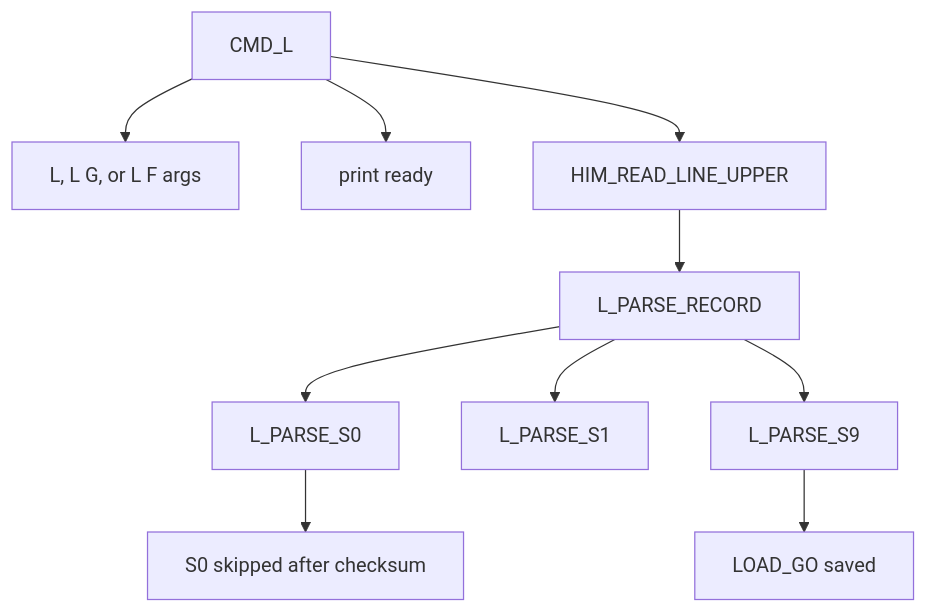
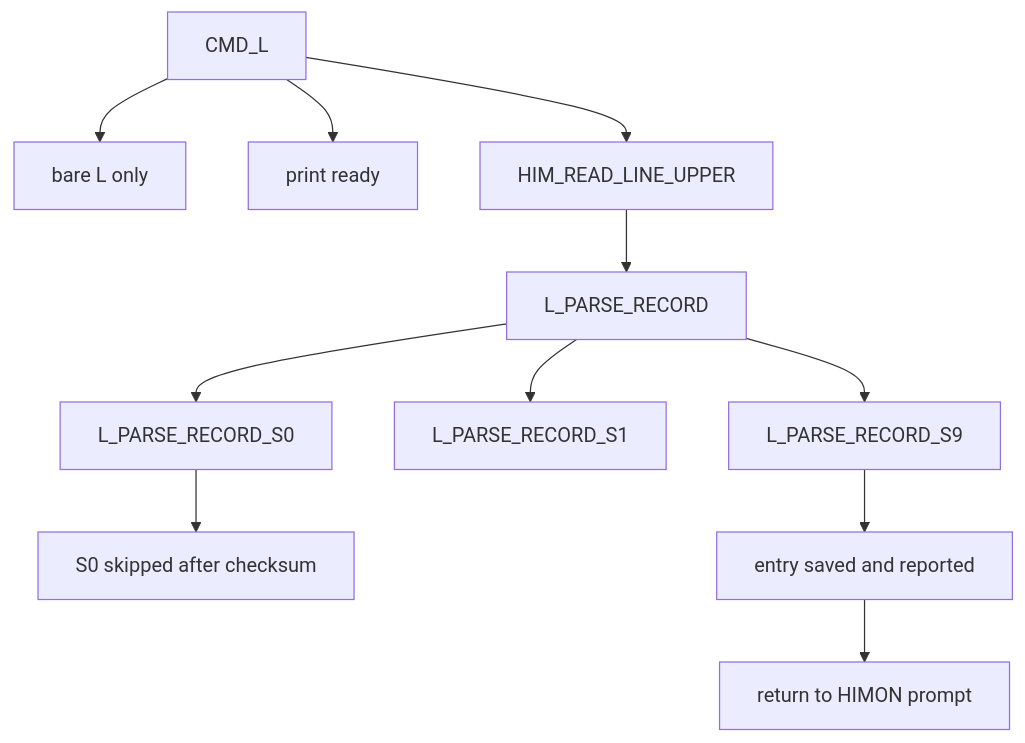
Diagram 11 of 19 in DOC/GUIDES/HIMON/HIMON_MAP.md (95westus/R-YORS), drawn with Mermaid before and after one commit. The commit also changed other lines of this file and 9 other files, not shown here.

````diff
--- a/DOC/GUIDES/HIMON/HIMON_MAP.md
+++ b/DOC/GUIDES/HIMON/HIMON_MAP.md
@@ -209,12 +209,13 @@
 ```mermaid
 flowchart TD
-    L[CMD_L] --> ARGS[L, L G, or L F args]
+    L[CMD_L] --> ARGS[bare L only]
     L --> READY[print ready]
     L --> READ[HIM_READ_LINE_UPPER]
     READ --> PARSE[L_PARSE_RECORD]
-    PARSE --> S0[L_PARSE_S0]
-    PARSE --> S1[L_PARSE_S1]
-    PARSE --> S9[L_PARSE_S9]
+    PARSE --> S0[L_PARSE_RECORD_S0]
+    PARSE --> S1[L_PARSE_RECORD_S1]
+    PARSE --> S9[L_PARSE_RECORD_S9]
     S0 --> SKIP[S0 skipped after checksum]
-    S9 --> GOSAVE[LOAD_GO saved]
+    S9 --> ENTRYSAVE[entry saved and reported]
+    ENTRYSAVE --> RETURN[return to HIMON prompt]
 ```
````
